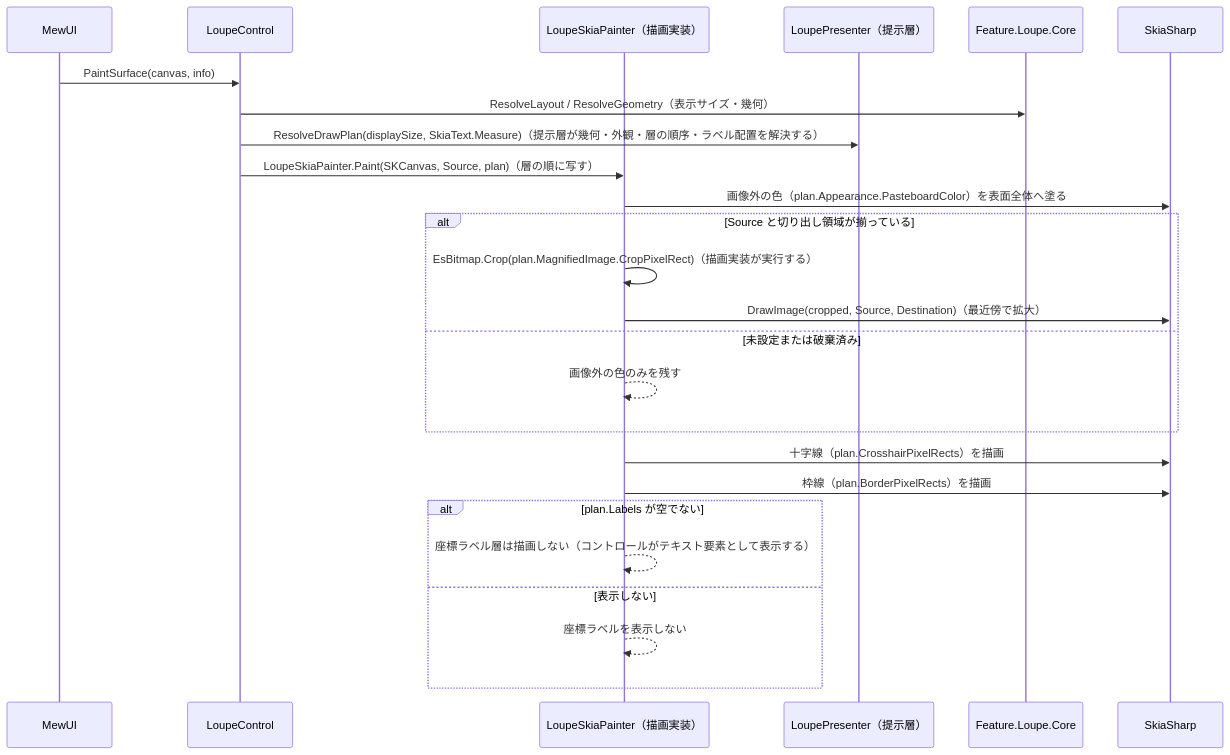
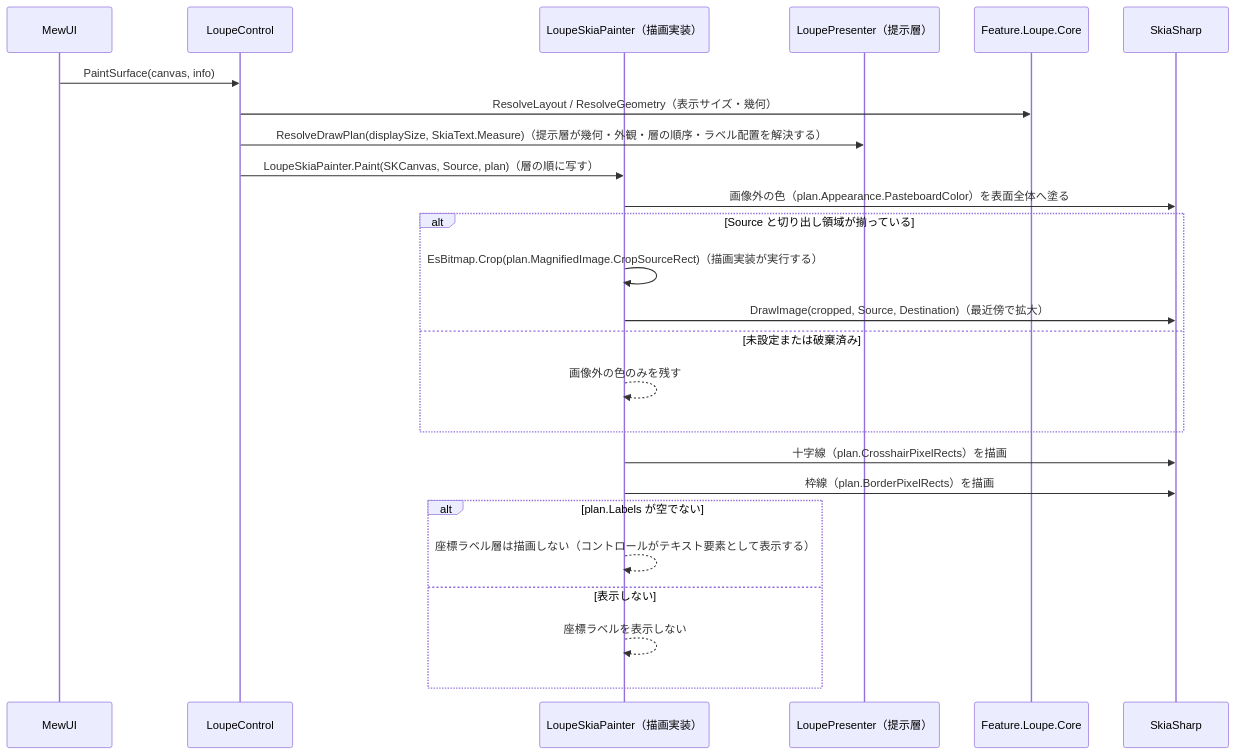
Before and after one commit to tomokuni/SaveEvidence: the second of 2 diagrams in src/Feature.Loupe.MewUI.LoupeControl/SPEC_System.md, drawn with Mermaid. The commit also changed 5 other files, not shown here.

````diff
--- a/src/Feature.Loupe.MewUI.LoupeControl/SPEC_System.md
+++ b/src/Feature.Loupe.MewUI.LoupeControl/SPEC_System.md
@@ -186,28 +186,28 @@
 ```mermaid
 sequenceDiagram
     participant MW as MewUI
     participant LC as LoupeControl
     participant R as LoupeSkiaPainter（描画実装）
     participant P as LoupePresenter（提示層）
     participant C as Feature.Loupe.Core
     participant SK as SkiaSharp
 
     MW->>LC: PaintSurface(canvas, info)
     LC->>C: ResolveLayout / ResolveGeometry（表示サイズ・幾何）
     LC->>P: ResolveDrawPlan(displaySize, SkiaText.Measure)（提示層が幾何・外観・層の順序・ラベル配置を解決する）
     LC->>R: LoupeSkiaPainter.Paint(SKCanvas, Source, plan)（層の順に写す）
     R->>SK: 画像外の色（plan.Appearance.PasteboardColor）を表面全体へ塗る
     alt Source と切り出し領域が揃っている
-        R->>R: EsBitmap.Crop(plan.MagnifiedImage.CropPixelRect)（描画実装が実行する）
+        R->>R: EsBitmap.Crop(plan.MagnifiedImage.CropSourceRect)（描画実装が実行する）
         R->>SK: DrawImage(cropped, Source, Destination)（最近傍で拡大）
     else 未設定または破棄済み
         R-->>R: 画像外の色のみを残す
     end
     R->>SK: 十字線（plan.CrosshairPixelRects）を描画
     R->>SK: 枠線（plan.BorderPixelRects）を描画
     alt plan.Labels が空でない
         R-->>R: 座標ラベル層は描画しない（コントロールがテキスト要素として表示する）
     else 表示しない
         R-->>R: 座標ラベルを表示しない
     end
 ```
````
